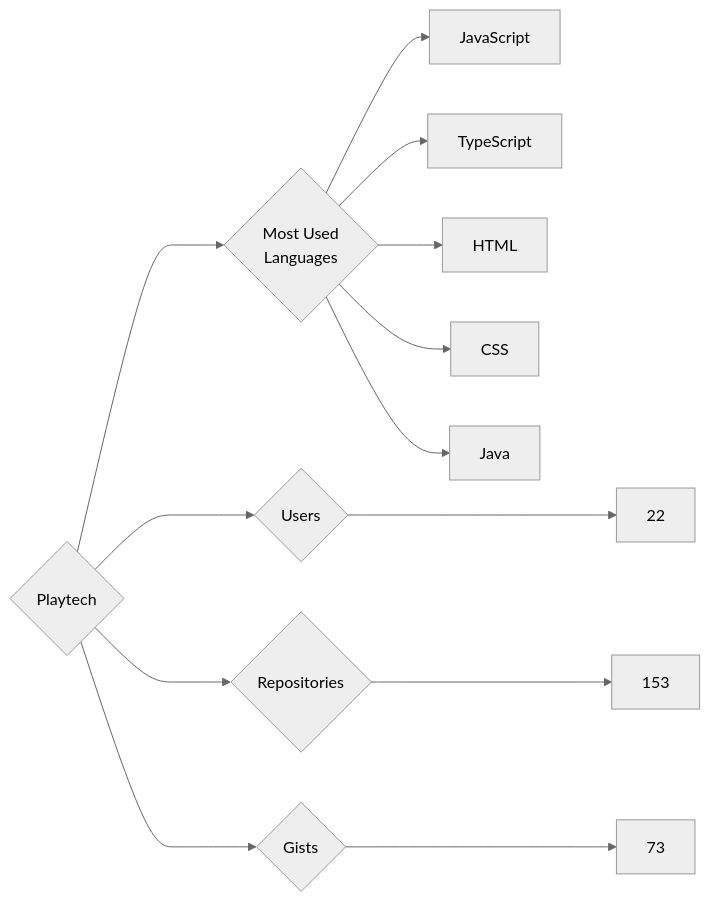
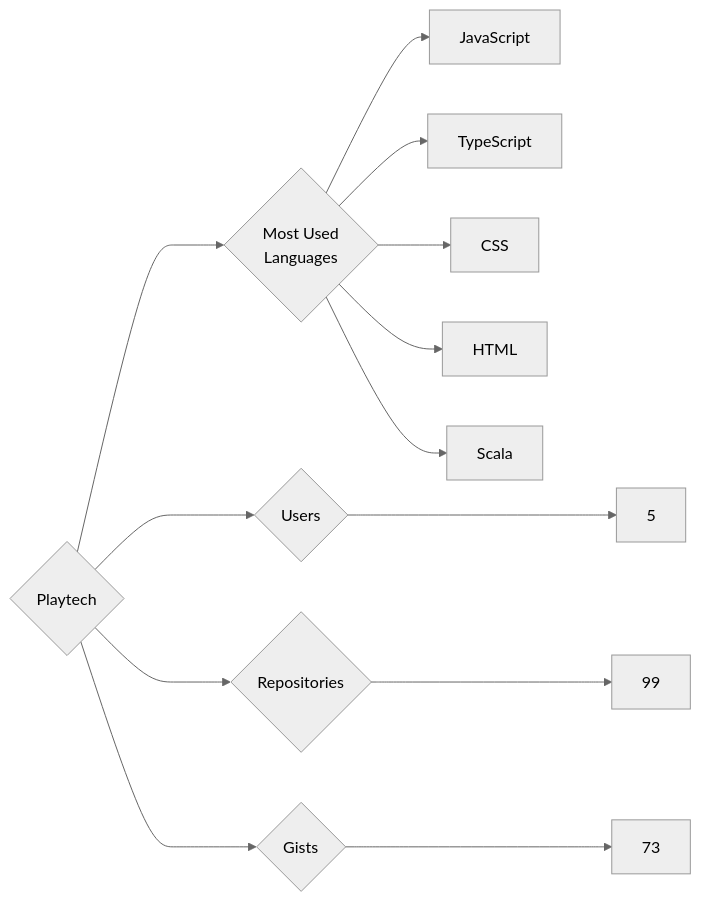
The diagram in targets/Playtech/README.md (trickest/insiders), drawn with Mermaid (neutral theme) before and after one commit. The commit also changed 725 other files, not shown here.

````diff
--- a/targets/Playtech/README.md
+++ b/targets/Playtech/README.md
@@ -3,13 +3,13 @@
 ```mermaid
 graph LR
 COMPANY_NAME{Playtech}
-COMPANY_NAME ---> U{Users} ---> UN[22]
-COMPANY_NAME ---> R{Repositories} ---> RN[153]
+COMPANY_NAME ---> U{Users} ---> UN[5]
+COMPANY_NAME ---> R{Repositories} ---> RN[99]
 COMPANY_NAME ---> G{Gists} ---> GN[73]
 COMPANY_NAME ---> ML{Most Used<br>Languages}
 ML --> JavaScript[JavaScript]
 ML --> TypeScript[TypeScript]
+ML --> CSS[CSS]
 ML --> HTML[HTML]
-ML --> CSS[CSS]
-ML --> Java[Java]
+ML --> Scala[Scala]
 ```
````
